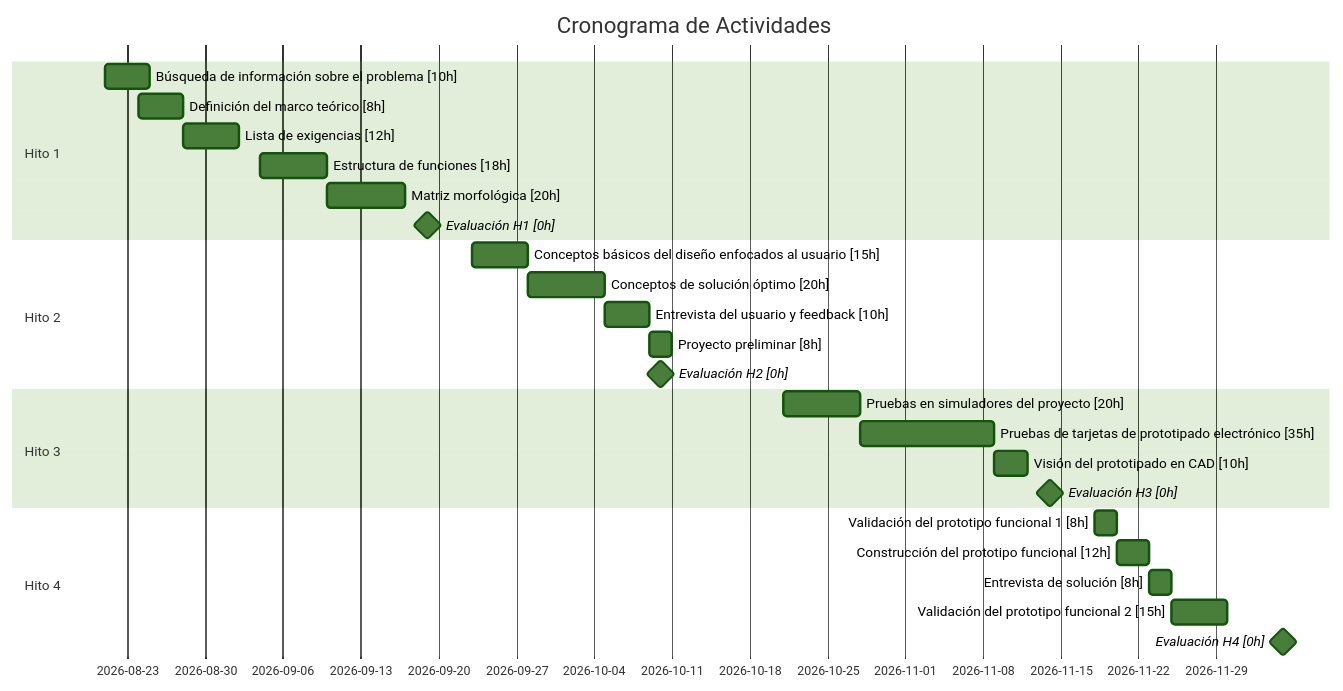
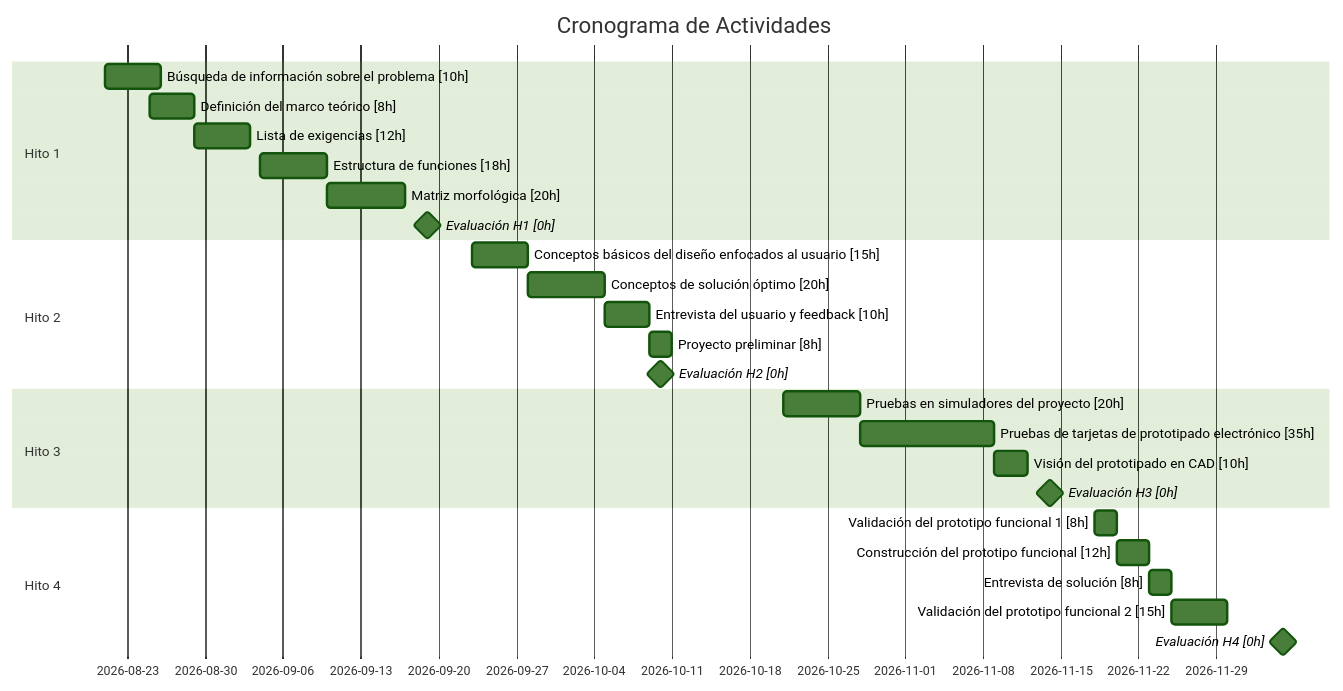
Before and after one commit to adriiit/PBDI_G1: the diagram in Hito 1/gantt_.md, drawn with Mermaid (forest theme).

````diff
--- a/Hito 1/gantt_.md
+++ b/Hito 1/gantt_.md
@@ -2,33 +2,33 @@
 ```mermaid
 gantt
     dateFormat  YYYY-MM-DD
     title Cronograma de Actividades
 
     section Hito 1
-    Búsqueda de información sobre el problema [10h]      :a1, 2026-08-21, 4d
-    Definición del marco teórico [8h]                    :a2, 2026-08-24, 4d
-    Lista de exigencias [12h]                            :a3, 2026-08-28, 5d
+    Búsqueda de información sobre el problema [10h]      :a1, 2026-08-21, 5d
+    Definición del marco teórico [8h]                    :a2, 2026-08-25, 4d
+    Lista de exigencias [12h]                            :a3, 2026-08-29, 5d
     Estructura de funciones [18h]                        :a4, 2026-09-4, 6d
     Matriz morfológica [20h]                             :a5, after a4, 7d
     Evaluación H1 [0h]                                   :milestone, h1, 2026-09-19, 0d
 
     section Hito 2
     Conceptos básicos del diseño enfocados al usuario [15h] :b1, 2026-09-23, 5d
     Conceptos de solución óptimo [20h]                   :b2, after b1, 7d
     Entrevista del usuario y feedback [10h]              :b3, after b2, 4d
     Proyecto preliminar [8h]                             :b4, after b3, 2d
     Evaluación H2 [0h]                                   :milestone, h2, 2026-10-10, 0d
 
     section Hito 3
     Pruebas en simuladores del proyecto [20h]            :c1, 2026-10-21, 7d
     Pruebas de tarjetas de prototipado electrónico [35h] :c2, after c1, 12d
     Visión del prototipado en CAD [10h]                  :c3, after c2, 3d
     Evaluación H3 [0h]                                   :milestone, h3, 2026-11-14, 0d
 
     section Hito 4
     Validación del prototipo funcional 1 [8h]            :d1, 2026-11-18, 2d
     Construcción del prototipo funcional [12h]           :d2, after d1, 3d
     Entrevista de solución [8h]                          :d3, after d2, 2d
     Validación del prototipo funcional 2 [15h]           :d4, after d3, 5d
     Evaluación H4 [0h]                                   :milestone, h4, 2026-12-05, 0d
 ```
````
